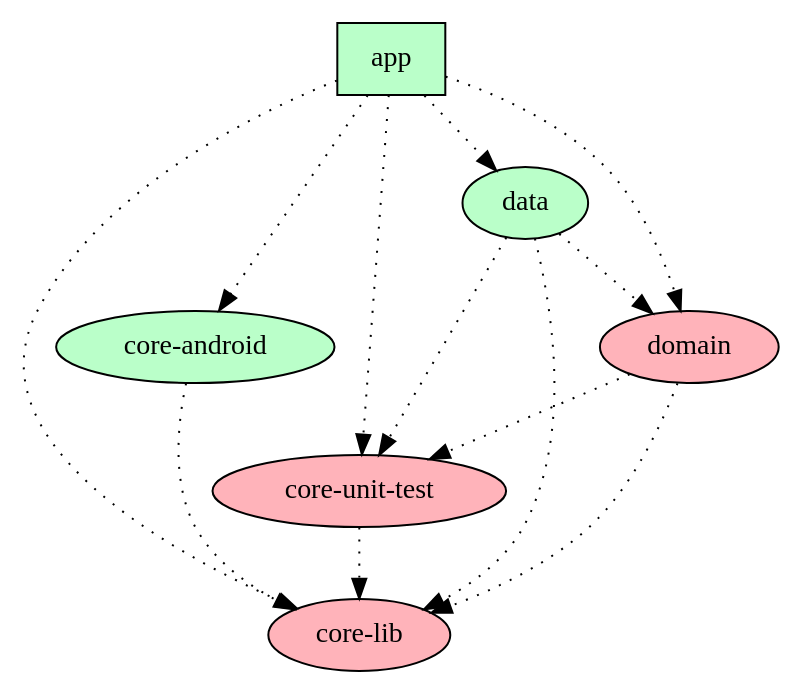
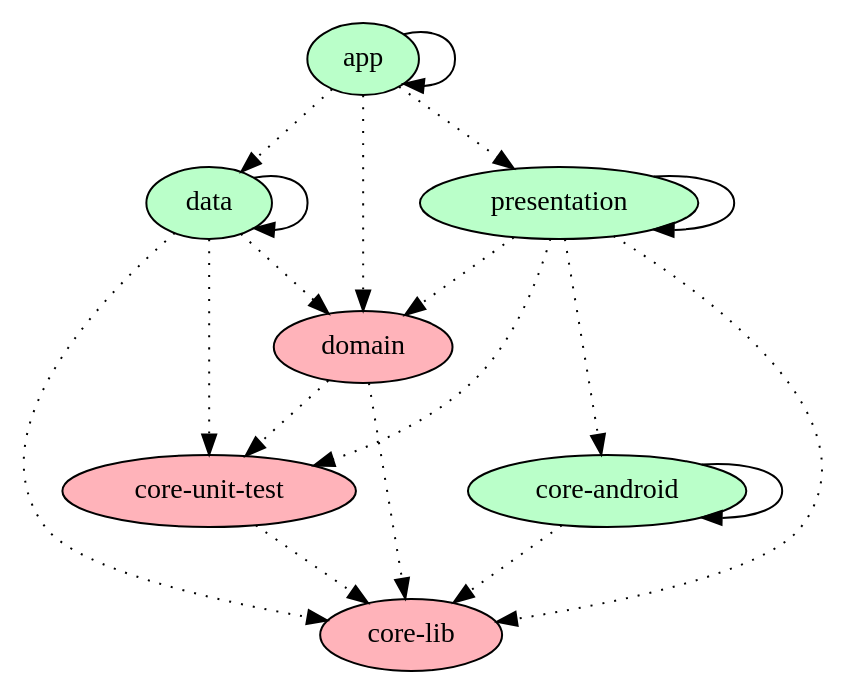
The diagram in dependency-graph/project.dot (huuphuoc1396/AndroidCleanArchitecture), drawn with Graphviz before and after one commit. The commit also changed 9 other files, not shown here.

Commit message:
Update Unit Test and Dependency Graph

```diff
--- a/dependency-graph/project.dot
+++ b/dependency-graph/project.dot
@@ -1,31 +1,38 @@
 digraph {
   graph [labelloc=t,fontsize=30,ranksep=0.5];
   node [style=filled, fillcolor="#bbbbbb"];
   rankdir=TB;
 
   # Projects
 
-  "app" [shape=box, fillcolor="#baffc9"];
+  "app" [fillcolor="#baffc9"];
   "core-android" [fillcolor="#baffc9"];
   "core-lib" [fillcolor="#ffb3ba"];
   "core-unit-test" [fillcolor="#ffb3ba"];
   "data" [fillcolor="#baffc9"];
   "domain" [fillcolor="#ffb3ba"];
+  "presentation" [fillcolor="#baffc9"];
 
-  {rank = same; "app";}
+  {rank = same;}
 
   # Dependencies
 
+  "app" -> "app"
+  "app" -> "presentation" [style=dotted]
   "app" -> "data" [style=dotted]
   "app" -> "domain" [style=dotted]
-  "app" -> "core-lib" [style=dotted]
-  "app" -> "core-android" [style=dotted]
-  "app" -> "core-unit-test" [style=dotted]
+  "data" -> "data"
   "data" -> "domain" [style=dotted]
   "data" -> "core-lib" [style=dotted]
   "data" -> "core-unit-test" [style=dotted]
   "domain" -> "core-lib" [style=dotted]
   "domain" -> "core-unit-test" [style=dotted]
+  "presentation" -> "presentation"
+  "presentation" -> "domain" [style=dotted]
+  "presentation" -> "core-lib" [style=dotted]
+  "presentation" -> "core-android" [style=dotted]
+  "presentation" -> "core-unit-test" [style=dotted]
+  "core-android" -> "core-android"
   "core-android" -> "core-lib" [style=dotted]
   "core-unit-test" -> "core-lib" [style=dotted]
 }
```
